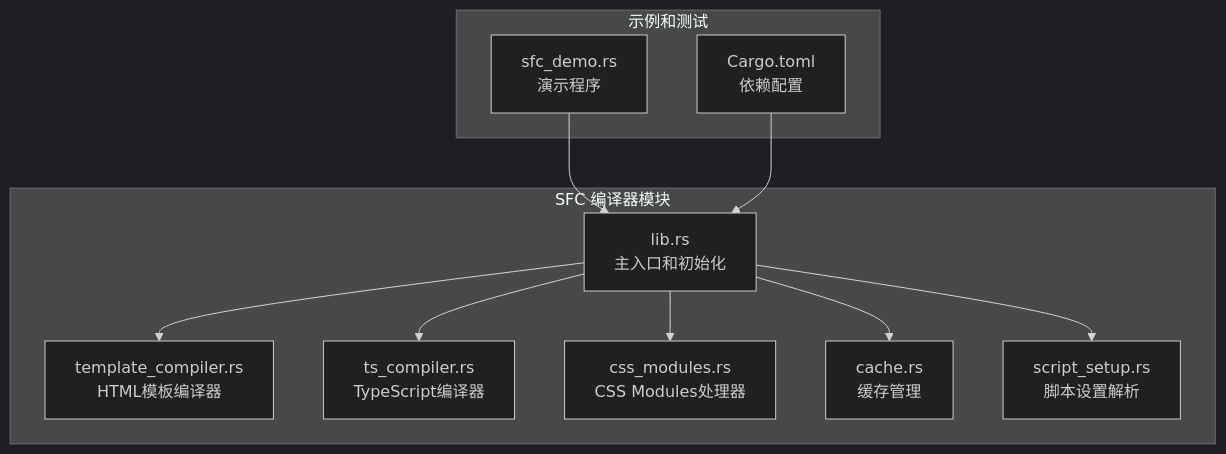
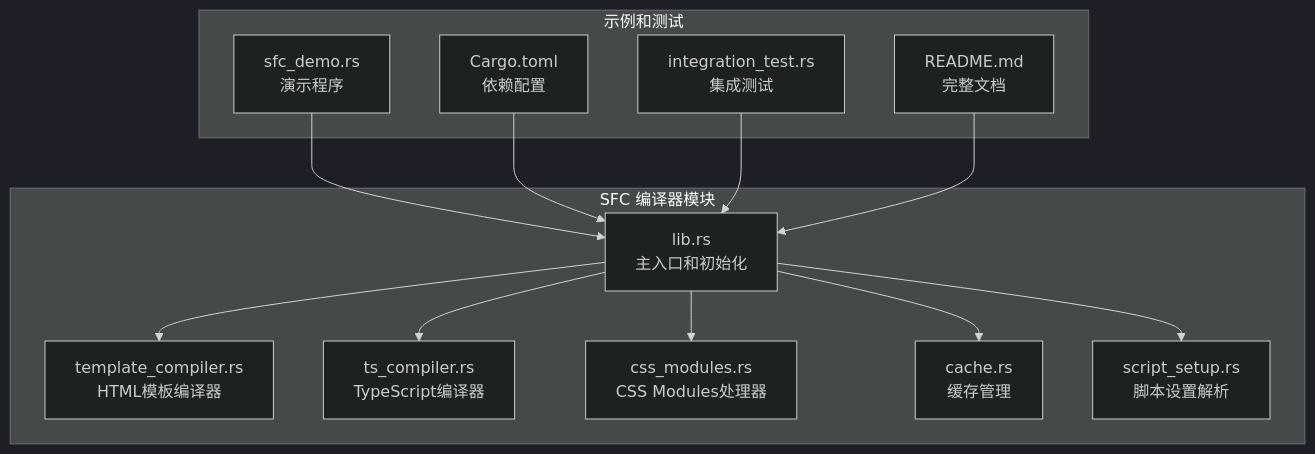
Before and after one commit to itszzl-sudo/iris: the first of 22 diagrams in .qoder/repowiki/zh/content/技术架构详解/即时转译系统/SFC编译器初始化机制/SFC编译器初始化机制.md, drawn with Mermaid (dark theme). The commit also changed other lines of this file and 8 other files, not shown here.

````diff
--- a/.qoder/repowiki/zh/content/技术架构详解/即时转译系统/SFC编译器初始化机制/SFC编译器初始化机制.md
+++ b/.qoder/repowiki/zh/content/技术架构详解/即时转译系统/SFC编译器初始化机制/SFC编译器初始化机制.md
@@ -52,22 +61,26 @@
 ```mermaid
 graph TB
 subgraph "SFC 编译器模块"
 A[lib.rs<br/>主入口和初始化]
 B[template_compiler.rs<br/>HTML模板编译器]
 C[ts_compiler.rs<br/>TypeScript编译器]
 D[css_modules.rs<br/>CSS Modules处理器]
 E[cache.rs<br/>缓存管理]
 F[script_setup.rs<br/>脚本设置解析]
 end
 subgraph "示例和测试"
 G[sfc_demo.rs<br/>演示程序]
 H[Cargo.toml<br/>依赖配置]
+I[integration_test.rs<br/>集成测试]
+J[README.md<br/>完整文档]
 end
 A --> B
 A --> C
 A --> D
 A --> E
 A --> F
 G --> A
 H --> A
+I --> A
+J --> A
 ```
````
